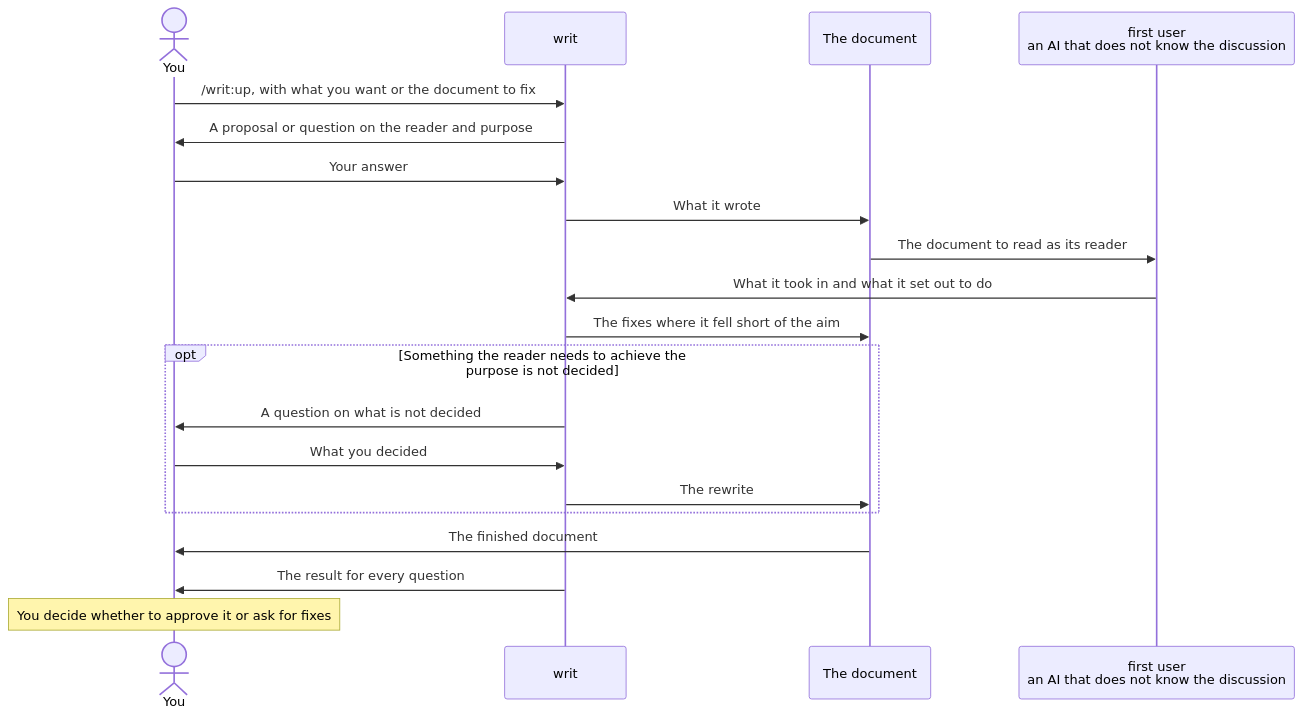
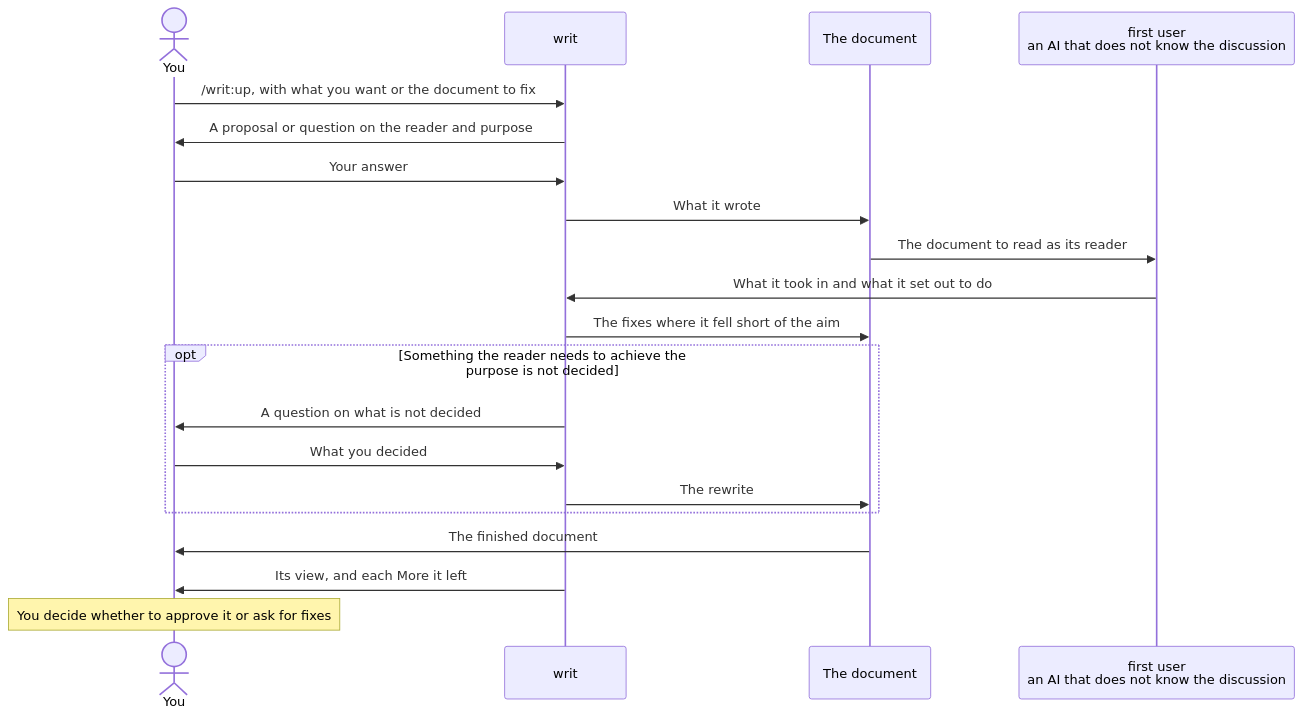
The diagram in writ/README.md (lovaizu/ccpm), drawn with Mermaid before and after one commit. The commit also changed other lines of this file and 51 other files, not shown here.

````diff
--- a/writ/README.md
+++ b/writ/README.md
@@ -19,22 +16,22 @@
 ```mermaid
 sequenceDiagram
   actor Y as You
   participant W as writ
   participant F as The document
   participant U as first user<br/>an AI that does not know the discussion
   Y->>W: /writ:up, with what you want or the document to fix
   W->>Y: A proposal or question on the reader and purpose
   Y->>W: Your answer
   W->>F: What it wrote
   F->>U: The document to read as its reader
   U->>W: What it took in and what it set out to do
   W->>F: The fixes where it fell short of the aim
   opt Something the reader needs to achieve the purpose is not decided
     W->>Y: A question on what is not decided
     Y->>W: What you decided
     W->>F: The rewrite
   end
   F->>Y: The finished document
-  W->>Y: The result for every question
+  W->>Y: Its view, and each More it left
   Note over Y: You decide whether to approve it or ask for fixes
 ```
````
